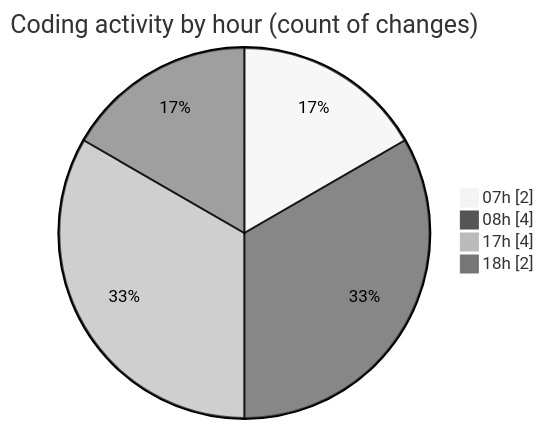
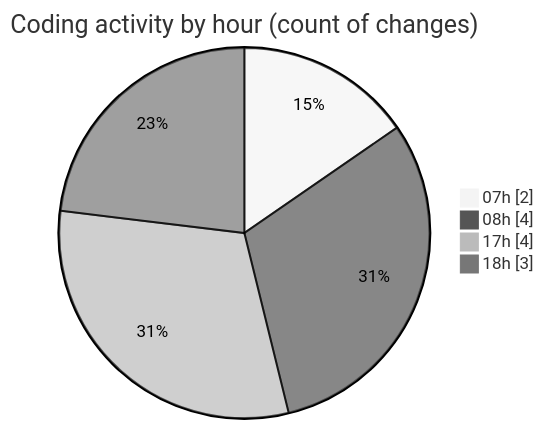
The second of 2 diagrams in 2025-02-19/mbc-web/README.md (robertbonfada/code-tracking), drawn with Mermaid (neutral theme) before and after one commit. The commit also changed other lines of this file and 1 other file, not shown here.

````diff
--- a/2025-02-19/mbc-web/README.md
+++ b/2025-02-19/mbc-web/README.md
@@ -34,8 +34,8 @@
 ```mermaid
 pie showData
 title Coding activity by hour (count of changes)
 "07h" : 2
 "08h" : 4
 "17h" : 4
-"18h" : 2
+"18h" : 3
 ```
````
